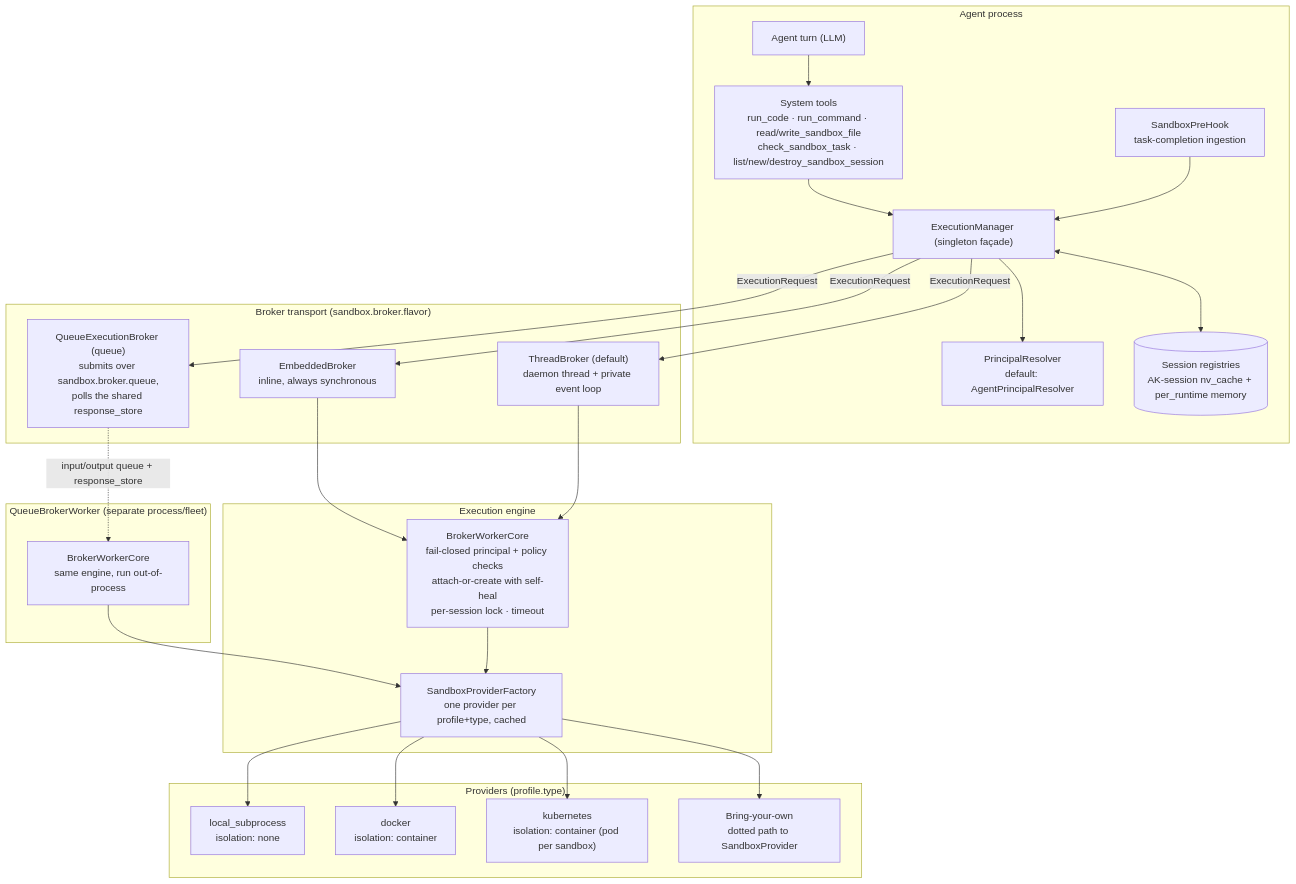
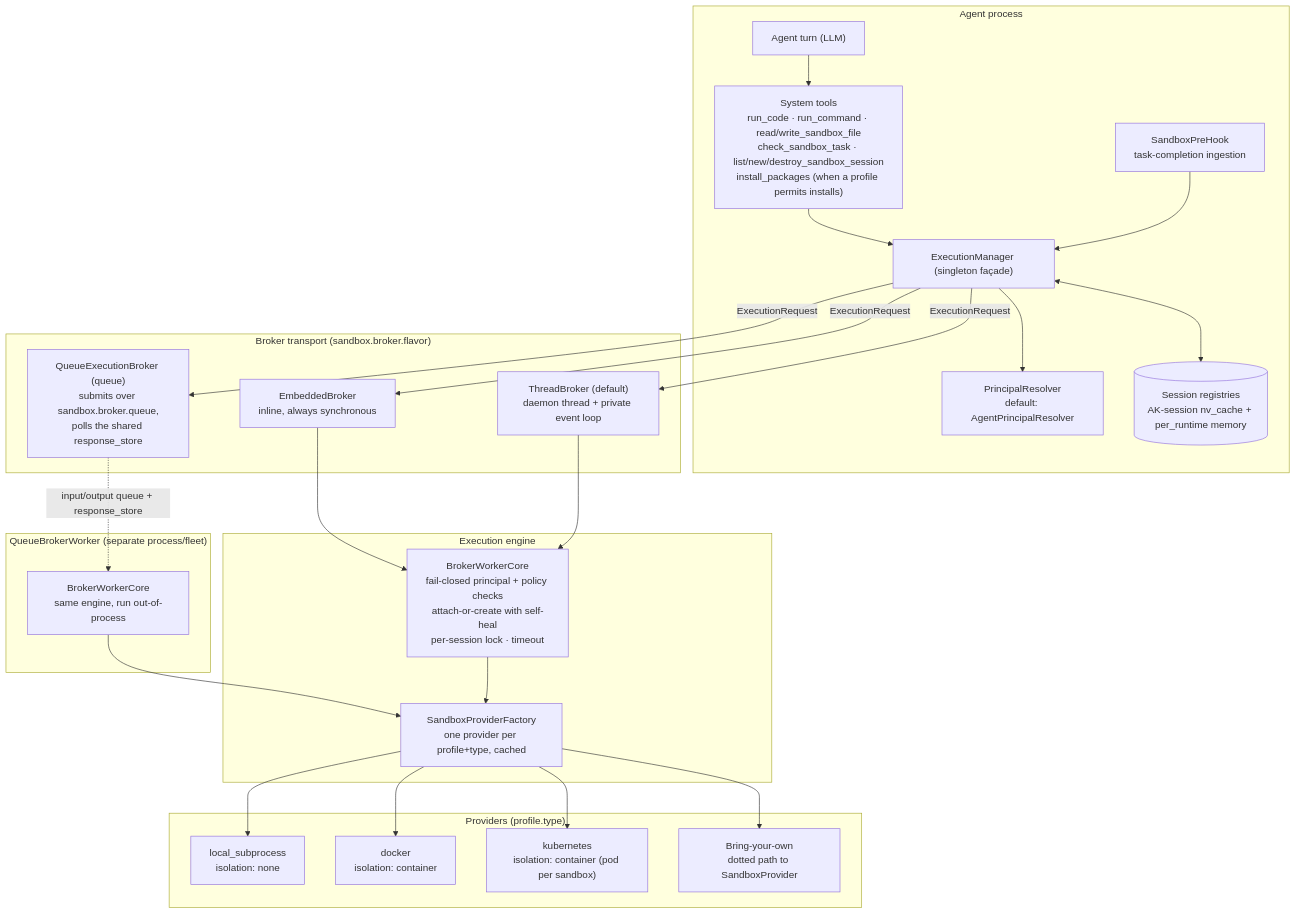
The first of 9 diagrams in docs/docs/architecture/sandbox-internals.md (yaalalabs/agent-kernel), drawn with Mermaid before and after one commit. The commit also changed other lines of this file and 26 other files, not shown here.

````diff
--- a/docs/docs/architecture/sandbox-internals.md
+++ b/docs/docs/architecture/sandbox-internals.md
@@ -13,50 +13,50 @@
 ```mermaid
 flowchart TB
     subgraph AGENT["Agent process"]
         LLM["Agent turn (LLM)"]
-        TOOLS["System tools<br/>run_code · run_command · read/write_sandbox_file<br/>check_sandbox_task · list/new/destroy_sandbox_session"]
+        TOOLS["System tools<br/>run_code · run_command · read/write_sandbox_file<br/>check_sandbox_task · list/new/destroy_sandbox_session<br/>install_packages (when a profile permits installs)"]
         HOOK["SandboxPreHook<br/>task-completion ingestion"]
         MGR["ExecutionManager (singleton façade)"]
         RES["PrincipalResolver<br/>default: AgentPrincipalResolver"]
         REG[("Session registries<br/>AK-session nv_cache + per_runtime memory")]
     end
 
     subgraph BROKER["Broker transport (sandbox.broker.flavor)"]
         EMB["EmbeddedBroker<br/>inline, always synchronous"]
         THR["ThreadBroker (default)<br/>daemon thread + private event loop"]
         QB["QueueExecutionBroker (queue)<br/>submits over sandbox.broker.queue,<br/>polls the shared response_store"]
     end
 
     subgraph RWORKER["QueueBrokerWorker (separate process/fleet)"]
         RCORE["BrokerWorkerCore<br/>same engine, run out-of-process"]
     end
 
     subgraph WORKER["Execution engine"]
         CORE["BrokerWorkerCore<br/>fail-closed principal + policy checks<br/>attach-or-create with self-heal<br/>per-session lock · timeout"]
         PF["SandboxProviderFactory<br/>one provider per profile+type, cached"]
     end
 
     subgraph PROV["Providers (profile.type)"]
         LSP["local_subprocess<br/>isolation: none"]
         DKR["docker<br/>isolation: container"]
         K8S["kubernetes<br/>isolation: container (pod per sandbox)"]
         BYO["Bring-your-own<br/>dotted path to SandboxProvider"]
     end
 
     LLM --> TOOLS --> MGR
     HOOK --> MGR
     MGR --> RES
     MGR <--> REG
     MGR -- "ExecutionRequest" --> EMB
     MGR -- "ExecutionRequest" --> THR
     MGR -- "ExecutionRequest" --> QB
     QB -. "input/output queue + response_store" .-> RCORE
     EMB --> CORE
     THR --> CORE
     RCORE --> PF
     CORE --> PF
     PF --> LSP
     PF --> DKR
     PF --> K8S
     PF --> BYO
 ```
````
